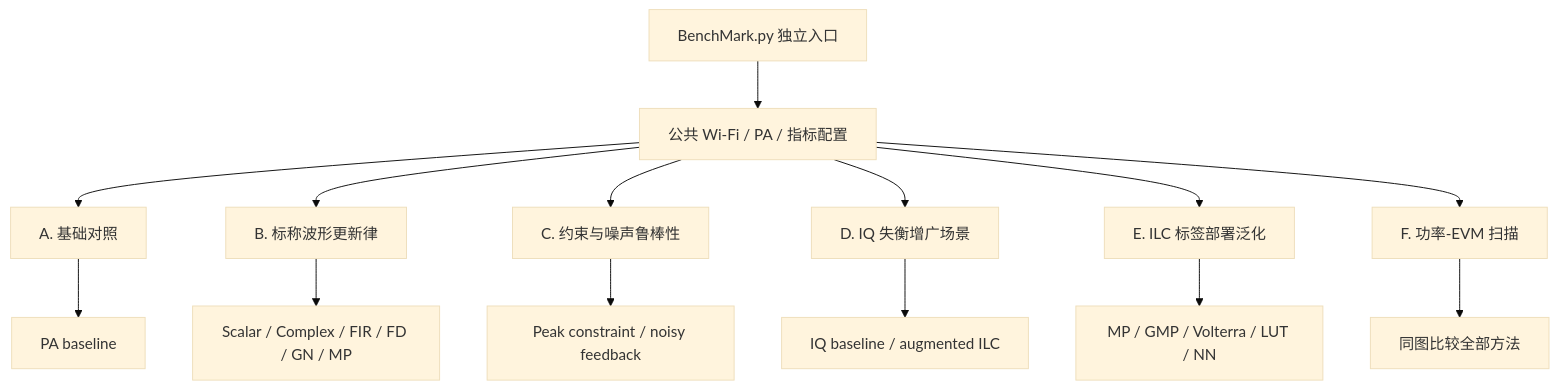
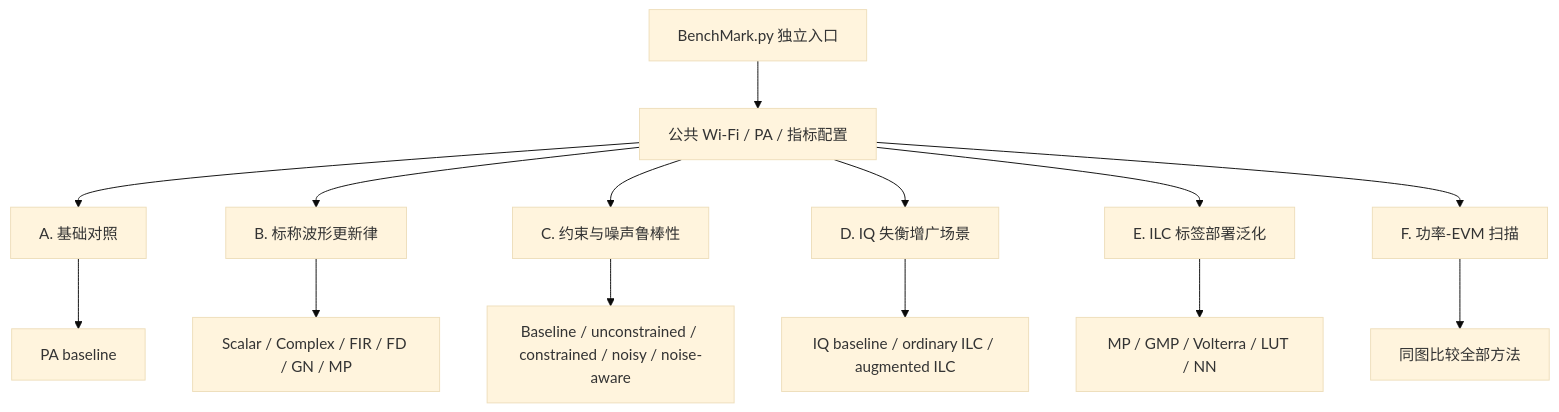
Before and after one commit to niyilu45/DPD_ILC: the first of 5 diagrams in doc/BenchMark.md, drawn with Mermaid (base theme). The commit also changed other lines of this file and 2 other files, not shown here.

````diff
--- a/doc/BenchMark.md
+++ b/doc/BenchMark.md
@@ -20,17 +20,17 @@
 ```mermaid
 flowchart TB
     entry["BenchMark.py 独立入口"] --> common["公共 Wi-Fi / PA / 指标配置"]
     common --> baseline["A. 基础对照"]
     common --> waveform["B. 标称波形更新律"]
     common --> robust["C. 约束与噪声鲁棒性"]
     common --> iq["D. IQ 失衡增广场景"]
     common --> deploy["E. ILC 标签部署泛化"]
     common --> power["F. 功率-EVM 扫描"]
 
     baseline --> baselineResult["PA baseline"]
     waveform --> waveformResult["Scalar / Complex / FIR / FD / GN / MP"]
-    robust --> robustResult["Peak constraint / noisy feedback"]
-    iq --> iqResult["IQ baseline / augmented ILC"]
+    robust --> robustResult["Baseline / unconstrained / constrained / noisy / noise-aware"]
+    iq --> iqResult["IQ baseline / ordinary ILC / augmented ILC"]
     deploy --> deployResult["MP / GMP / Volterra / LUT / NN"]
     power --> powerResult["同图比较全部方法"]
 ```
````
